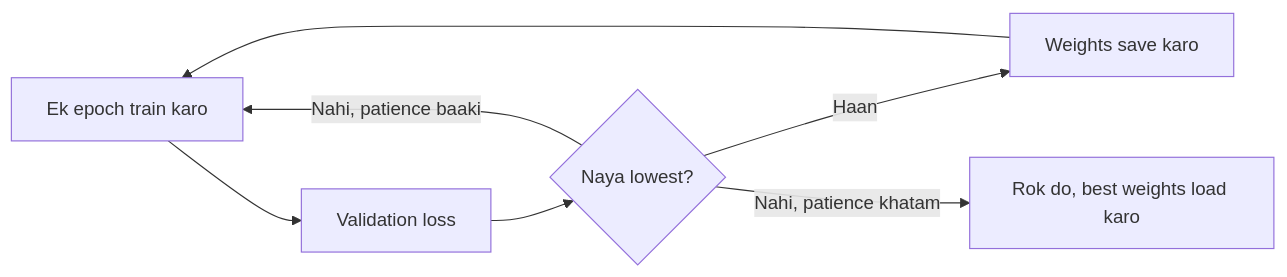
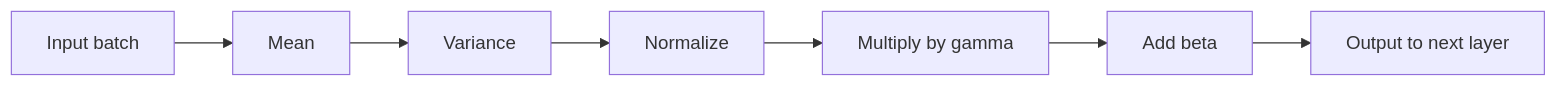
The diagram in content/deep-learning/pyq/2023-12/q3b.hi.mdx (TrendySloth1001/sem-seven-notes), drawn with Mermaid before and after one commit. The commit also changed other lines of this file and 254 other files, not shown here.

````diff
--- a/content/deep-learning/pyq/2023-12/q3b.hi.mdx
+++ b/content/deep-learning/pyq/2023-12/q3b.hi.mdx
@@ -19,10 +13,10 @@
 ```mermaid
-%% caption: Early stopping wo weights rakhta hai jo lowest validation loss wale epoch ke the.
+%% caption: Ek batch ke liye batch normalization ke steps.
 flowchart LR
-  A["Ek epoch train karo"] --> B["Validation loss"]
-  B --> C{"Naya lowest?"}
-  C -- "Haan" --> D["Weights save karo"]
-  D --> A
-  C -- "Nahi, patience khatam" --> E["Rok do, best weights load karo"]
-  C -- "Nahi, patience baaki" --> A
+  A["Input batch"] --> B["Mean"]
+  B --> C["Variance"]
+  C --> D["Normalize"]
+  D --> E["Multiply by gamma"]
+  E --> F["Add beta"]
+  F --> G["Output to next layer"]
 ```
````
